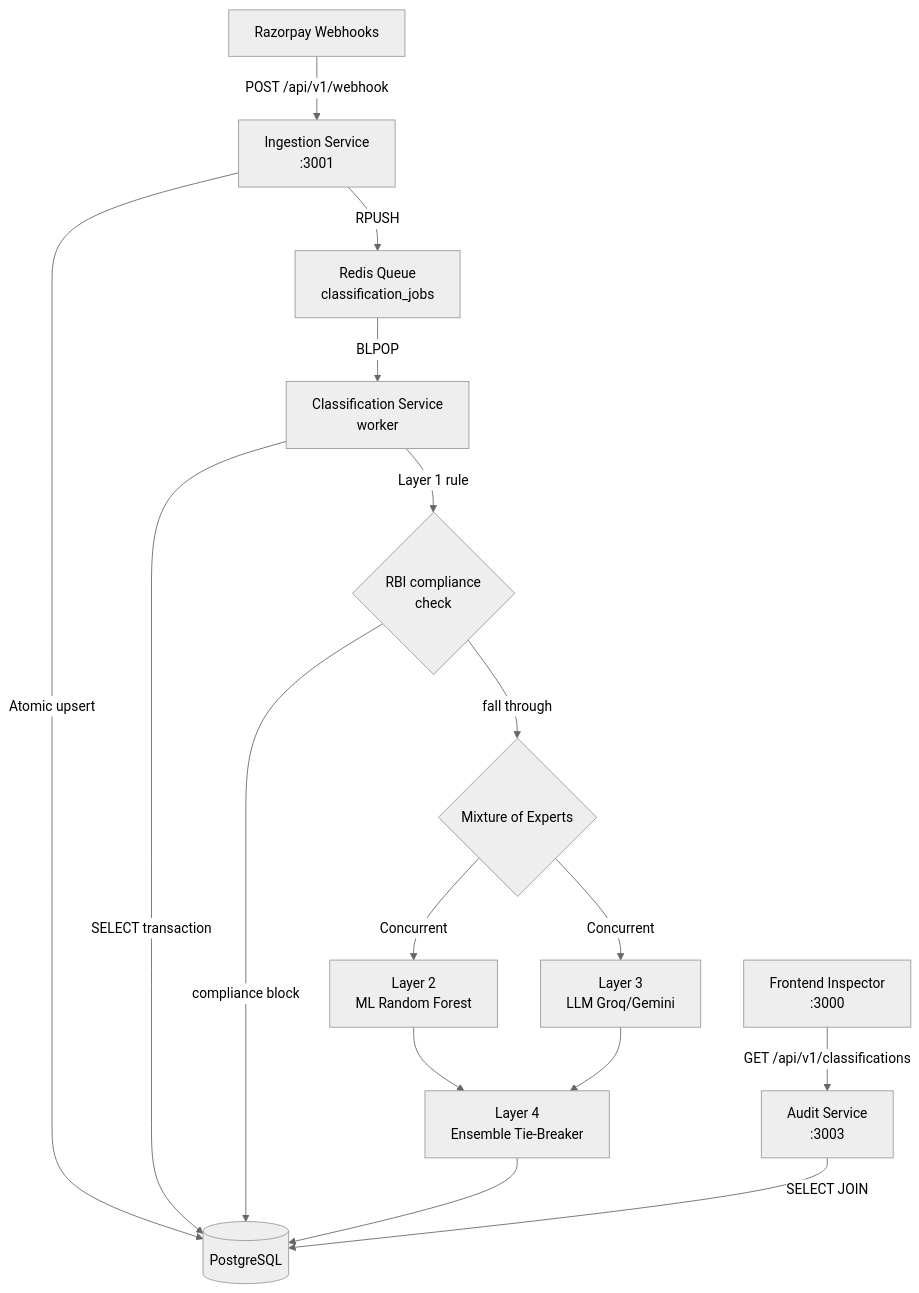
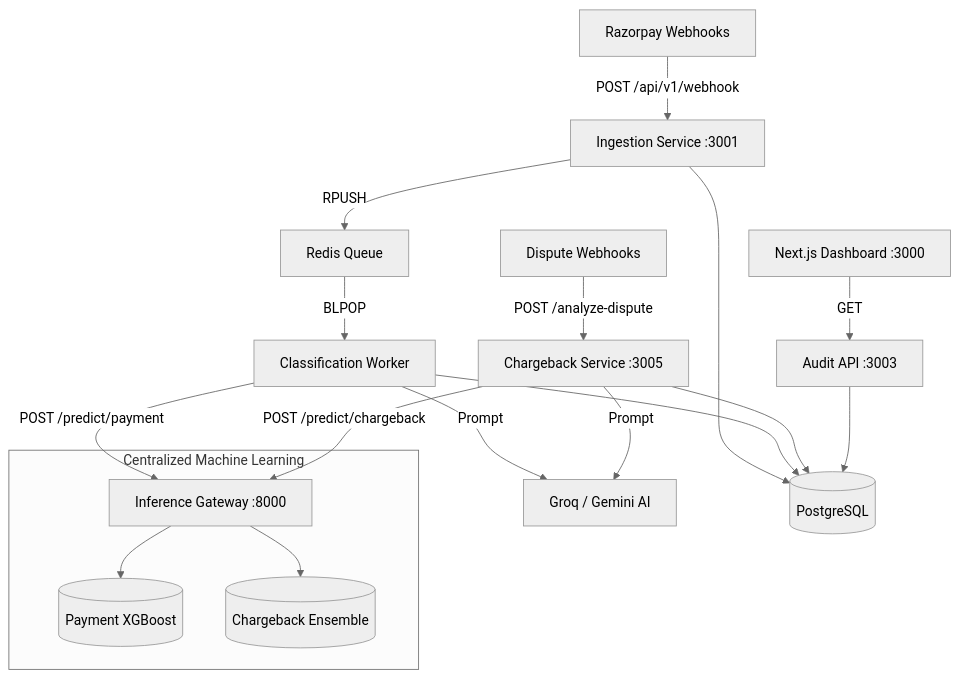
One commit to Dustu103/Razorpay changed the diagram in docs/architecture/hld.md. Above: the diagram before and after it, drawn with Mermaid (neutral theme). The commit also changed other lines of this file and 48 other files, not shown here.

````diff
--- a/docs/architecture/hld.md
+++ b/docs/architecture/hld.md
@@ -24,18 +23,34 @@
 ```mermaid
 graph TD
-    RZ[Razorpay Webhooks] -->|POST /api/v1/webhook| IS[Ingestion Service<br/>:3001]
-    IS -->|Atomic upsert| PG[(PostgreSQL)]
-    IS -->|RPUSH| RQ[Redis Queue<br/>classification_jobs]
-    RQ -->|BLPOP| CS[Classification Service<br/>worker]
-    CS -->|SELECT transaction| PG
-    CS -->|Layer 1 rule| L1{RBI compliance<br/>check}
-    L1 -->|compliance block| PG
-    L1 -->|fall through| MOE{Mixture of Experts}
-    MOE -->|Concurrent| L2[Layer 2<br/>ML Random Forest]
-    MOE -->|Concurrent| L3[Layer 3<br/>LLM Groq/Gemini]
-    L2 --> L4[Layer 4<br/>Ensemble Tie-Breaker]
-    L3 --> L4
-    L4 --> PG
-    FE[Frontend Inspector<br/>:3000] -->|GET /api/v1/classifications| AS[Audit Service<br/>:3003]
-    AS -->|SELECT JOIN| PG
+    %% Ingestion & Classification (Pillar B)
+    RZ[Razorpay Webhooks] -->|POST /api/v1/webhook| IS[Ingestion Service :3001]
+    IS -->|RPUSH| RQ[Redis Queue]
+    RQ -->|BLPOP| CS[Classification Worker]
+    
+    %% Chargebacks (Pillar A)
+    CB[Dispute Webhooks] -->|POST /analyze-dispute| CBS[Chargeback Service :3005]
+
+    %% The Centralized ML Brain
+    subgraph Centralized Machine Learning
+        IG[Inference Gateway :8000]
+        IG --> M1[(Payment XGBoost)]
+        IG --> M2[(Chargeback Ensemble)]
+    end
+    
+    %% Routing to Inference Gateway
+    CS -->|POST /predict/payment| IG
+    CBS -->|POST /predict/chargeback| IG
+
+    %% LLM Routing
+    CS -->|Prompt| LLM[Groq / Gemini AI]
+    CBS -->|Prompt| LLM
+    
+    %% Storage
+    IS --> PG[(PostgreSQL)]
+    CS --> PG
+    CBS --> PG
+    
+    %% Frontend
+    FE[Next.js Dashboard :3000] -->|GET| AS[Audit API :3003]
+    AS --> PG
 ```
````
